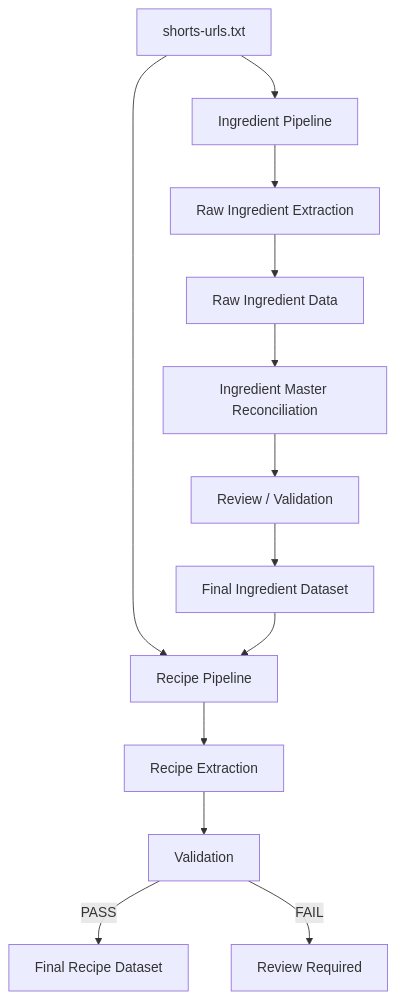
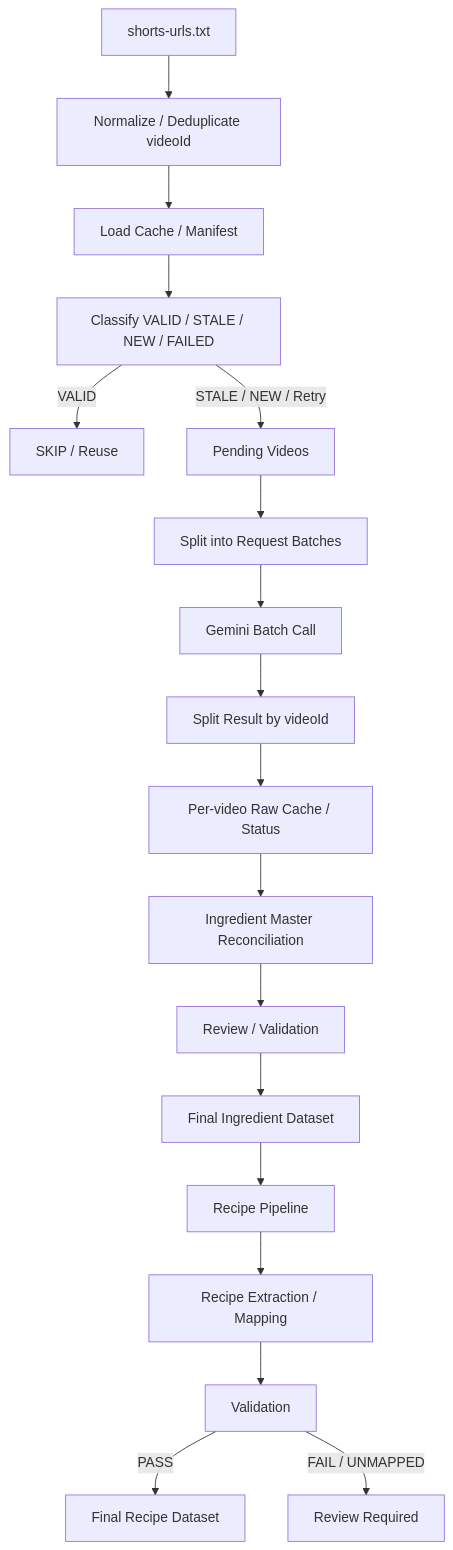
The diagram in docs/development/ai-data-pipeline.md (leerura/whipup), drawn with Mermaid before and after one commit. The commit also changed other lines of this file and 1 other file, not shown here.

````diff
--- a/docs/development/ai-data-pipeline.md
+++ b/docs/development/ai-data-pipeline.md
@@ -33,15 +36,20 @@
 ```mermaid
 graph TD
-    A["shorts-urls.txt"] --> B["Ingredient Pipeline"]
-    A --> C["Recipe Pipeline"]
-    B --> D["Raw Ingredient Extraction"]
-    D --> E["Raw Ingredient Data"]
-    E --> F["Ingredient Master Reconciliation"]
-    F --> G["Review / Validation"]
-    G --> H["Final Ingredient Dataset"]
-    H --> C
-    C --> I["Recipe Extraction"]
-    I --> J["Validation"]
-    J -->|PASS| K["Final Recipe Dataset"]
-    J -->|FAIL| L["Review Required"]
+    A["shorts-urls.txt"] --> B["Normalize / Deduplicate videoId"]
+    B --> C["Load Cache / Manifest"]
+    C --> D["Classify VALID / STALE / NEW / FAILED"]
+    D -->|VALID| E["SKIP / Reuse"]
+    D -->|STALE / NEW / Retry| F["Pending Videos"]
+    F --> G["Split into Request Batches"]
+    G --> H["Gemini Batch Call"]
+    H --> I["Split Result by videoId"]
+    I --> J["Per-video Raw Cache / Status"]
+    J --> K["Ingredient Master Reconciliation"]
+    K --> L["Review / Validation"]
+    L --> M["Final Ingredient Dataset"]
+    M --> N["Recipe Pipeline"]
+    N --> O["Recipe Extraction / Mapping"]
+    O --> P["Validation"]
+    P -->|PASS| Q["Final Recipe Dataset"]
+    P -->|FAIL / UNMAPPED| R["Review Required"]
 ```
````
